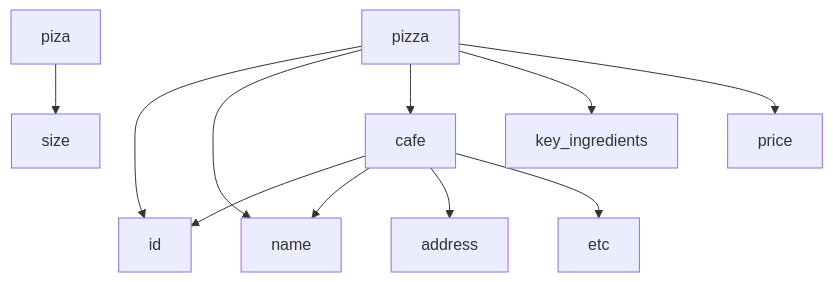
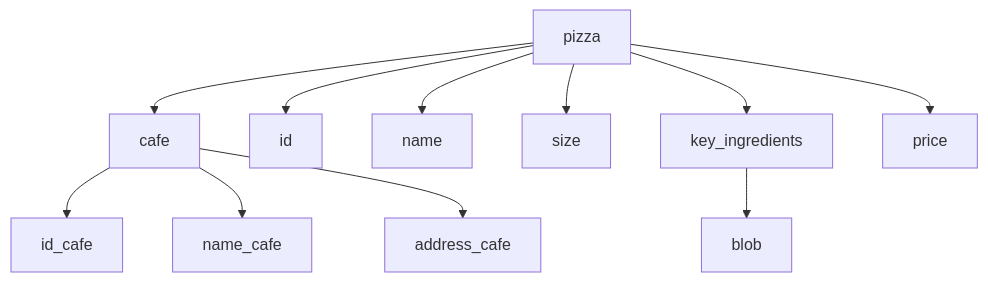
One commit to 2Alex20/Nazarov-java-pizzaproject changed the diagram in README.md. Above: the diagram before and after it, drawn with Mermaid. The commit also changed other lines of this file, not shown here.

````diff
--- a/README.md
+++ b/README.md
@@ -25,13 +17,13 @@
 ```mermaid
 graph TD;
-    cafe-->id;
-    cafe-->name;
-    cafe-->address;
-    cafe-->etc;
+    cafe-->id_cafe;
+    cafe-->name_cafe;
+    cafe-->address_cafe;
     pizza-->id;
     pizza-->name;
-    piza-->size;
+    pizza-->size;
     pizza-->cafe;
     pizza-->key_ingredients;
     pizza-->price;
+    key_ingredients-->blob;
 ```
````
